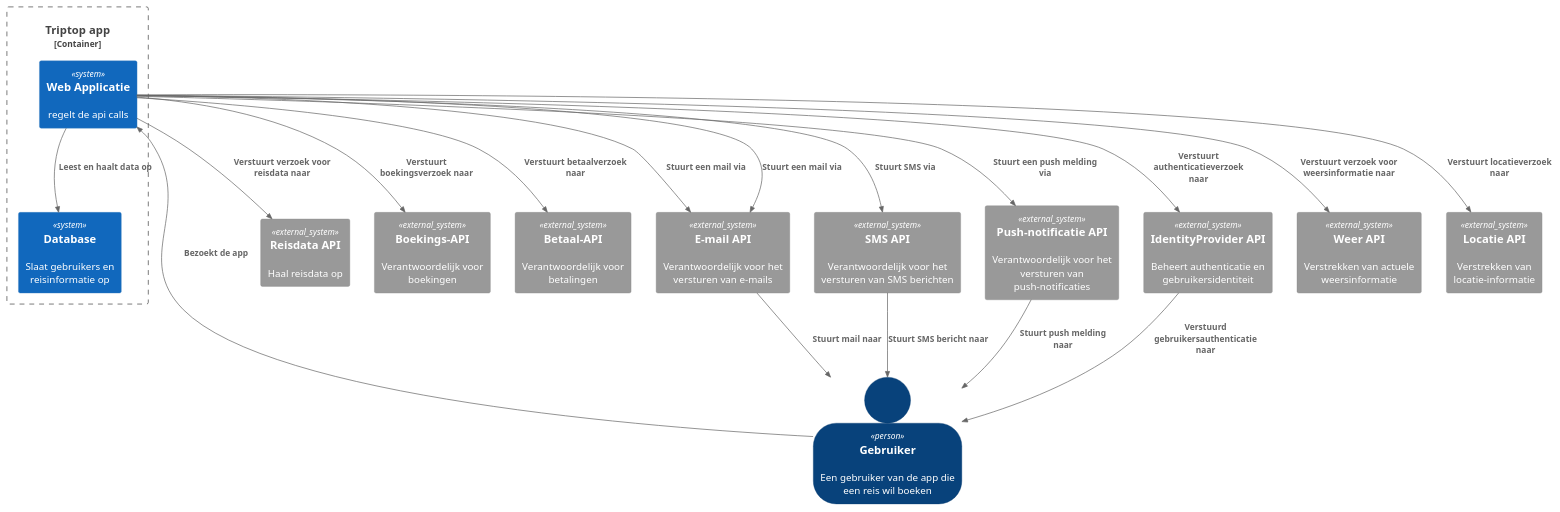
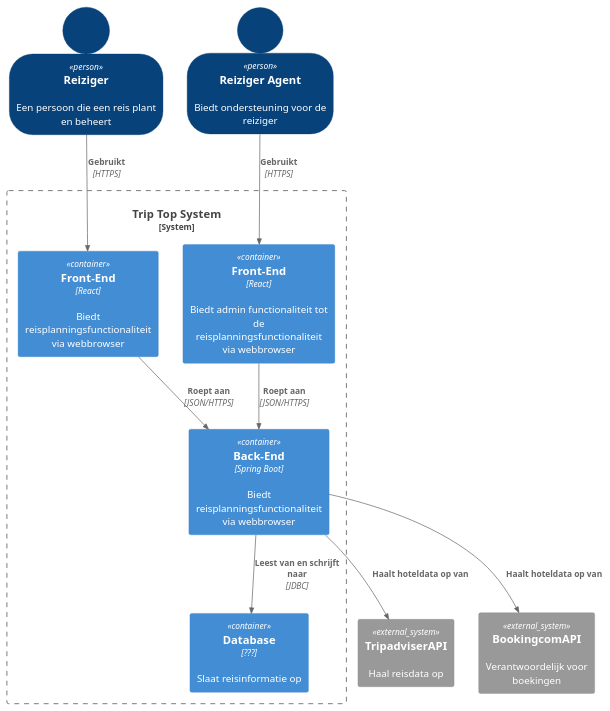
The diagram in W1 en W2/Presentatie W1/ContainerDiagrams/Quinn-Container-diagram.puml (AIM-ENE-feb25/triptop-sqr-tech), drawn with PlantUML before and after one commit. The commit also changed 1 other file, not shown here.

Commit message:
contextDiagram aangepast en toegevoegd aan week 3

```diff
--- a/W1 en W2/Presentatie W1/ContainerDiagrams/Quinn-Container-diagram.puml
+++ b/W1 en W2/Presentatie W1/ContainerDiagrams/Quinn-Container-diagram.puml
@@ -1,39 +1,29 @@
 @startuml
 !include https://raw.githubusercontent.com/plantuml-stdlib/C4-PlantUML/master/C4_Container.puml
 
 SHOW_PERSON_OUTLINE()
-Person(GebruikerAlias, "Gebruiker", "Een gebruiker van de app die een reis wil boeken")
-Container_Boundary("Triptop", "Triptop app") {
-System(APIAlias, "Web Applicatie", "regelt de api calls")
-System(database, " Database", "Slaat gebruikers en reisinformatie op")
+Person(reiziger, "Reiziger", "Een persoon die een reis plant en beheert")
+Person(reizigerA, "Reiziger Agent", "Biedt ondersteuning voor de reiziger")
+
+System_Boundary(tts, "Trip Top System") {
+    Container(fe, "Front-End", "React", "Biedt reisplanningsfunctionaliteit via webbrowser")
+    Container(fea, "Front-End", "React", "Biedt admin functionaliteit tot de reisplanningsfunctionaliteit via webbrowser")
+
+    Container(be, "Back-End", "Spring Boot", "Biedt reisplanningsfunctionaliteit via webbrowser")
+
+    Container(db, "Database", "???", "Slaat reisinformatie op")
 }
-System_Ext(containerAlias, "Reisdata API", "Haal reisdata op")
-System_Ext(containerAlias2, "Boekings-API", "Verantwoordelijk voor boekingen")
-System_Ext(containerAlias3, "Betaal-API", "Verantwoordelijk voor betalingen")
-System_Ext(containerAlias4, "E-mail API", "Verantwoordelijk voor het versturen van e-mails")
-System_Ext(containerAlias5, "SMS API", "Verantwoordelijk voor het versturen van SMS berichten")
-System_Ext(containerAlias6, "Push-notificatie API", "Verantwoordelijk voor het versturen van push-notificaties")
-System_Ext(containerAlias7, "IdentityProvider API", "Beheert authenticatie en gebruikersidentiteit")
-System_Ext(containerAlias8, "Weer API", "Verstrekken van actuele weersinformatie")
-System_Ext(containerAlias9, "Locatie API", "Verstrekken van locatie-informatie")
 
+Rel(reiziger, fe, "Gebruikt", "HTTPS")
+Rel(reizigerA, fea, "Gebruikt", "HTTPS")
+Rel(fe, be, "Roept aan", "JSON/HTTPS")
+Rel(fea, be, "Roept aan", "JSON/HTTPS")
+Rel(be, db, "Leest van en schrijft naar", "JDBC")
 
-Rel(containerAlias4, GebruikerAlias, "Stuurt mail naar")
-Rel(containerAlias5, GebruikerAlias, "Stuurt SMS bericht naar")
-Rel(containerAlias6, GebruikerAlias, "Stuurt push melding naar")
+System_Ext(containerAlias, "TripadviserAPI", "Haal reisdata op")
+System_Ext(containerAlias2, "BookingcomAPI", "Verantwoordelijk voor boekingen")
 
-Rel(APIAlias, database, "Leest en haalt data op")
-Rel(GebruikerAlias, APIAlias, "Bezoekt de app")
-Rel(APIAlias, containerAlias4, "Stuurt een mail via")
-Rel(APIAlias, containerAlias5, "Stuurt SMS via")
-Rel(APIAlias, containerAlias6, "Stuurt een push melding via")
-Rel(APIAlias, containerAlias7, "Verstuurt authenticatieverzoek naar")
-Rel(containerAlias7, GebruikerAlias, "Verstuurd gebruikersauthenticatie naar")
-Rel(APIAlias, containerAlias2, "Verstuurt boekingsverzoek naar")
-Rel(APIAlias, containerAlias3, "Verstuurt betaalverzoek naar")
-Rel(APIAlias, containerAlias, "Verstuurt verzoek voor reisdata naar")
-Rel(APIAlias, containerAlias8, "Verstuurt verzoek voor weersinformatie naar")
-Rel(APIAlias, containerAlias9, "Verstuurt locatieverzoek naar")
+Rel(be, "containerAlias", "Haalt hoteldata op van")
+Rel(be, "containerAlias2", "Haalt hoteldata op van")
 
-Rel(APIAlias, containerAlias4, "Stuurt een mail via")
 @enduml
```
